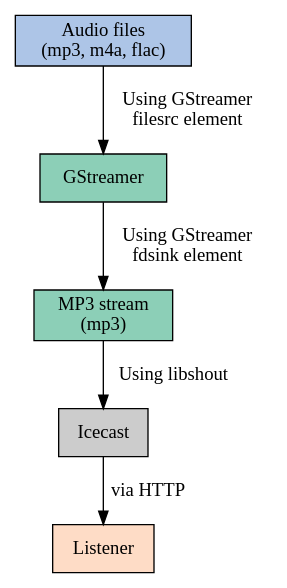
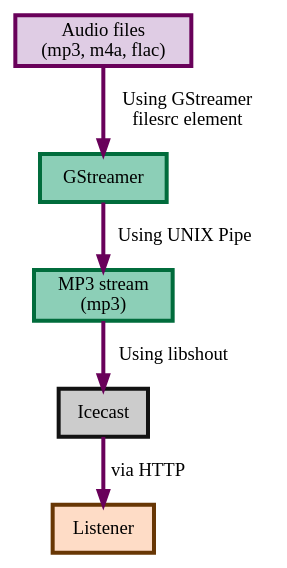
Before and after one commit to rstemmer/musicdb: the diagram in docs/source/basics/streaming.rst, drawn with Graphviz. The commit also changed other lines of this file, not shown here.

Commit message:
Made the graph more colorfull and precise

```diff
--- a/docs/source/basics/streaming.rst
+++ b/docs/source/basics/streaming.rst
@@ -13,17 +13,17 @@
    .. graphviz::
 
       digraph hierarchy {
          size="5,8"
 
-         files       [shape=box, style=filled, fillcolor="#adc5e7", label="Audio files\n(mp3, m4a, flac)"]
-         gstreamer   [shape=box, style=filled, fillcolor="#8ccfb7", label="GStreamer"]
-         mp3stream   [shape=box, style=filled, fillcolor="#8ccfb7", label="MP3 stream\n(mp3)"]
-         icecast     [shape=box, style=filled, fillcolor="#cccccc", label="Icecast"]
-         listener    [shape=box, style=filled, fillcolor="#fedcc6", label="Listener"]
+         files       [shape=box, penwidth=3, style=filled, color="#69015a", fillcolor="#dfcce4", label="Audio files\n(mp3, m4a, flac)"]
+         gstreamer   [shape=box, penwidth=3, style=filled, color="#016c3c", fillcolor="#8ccfb7", label="GStreamer"]
+         mp3stream   [shape=box, penwidth=3, style=filled, color="#016c3c", fillcolor="#8ccfb7", label="MP3 stream\n(mp3)"]
+         icecast     [shape=box, penwidth=3, style=filled, color="#121212", fillcolor="#cccccc", label="Icecast"]
+         listener    [shape=box, penwidth=3, style=filled, color="#683705", fillcolor="#fedcc6", label="Listener"]
 
-         files     -> gstreamer [label="Using GStreamer\nfilesrc element"]
-         gstreamer -> mp3stream [label="Using GStreamer\nfdsink element"]
-         mp3stream -> icecast   [label="Using libshout"]
-         icecast   -> listener  [label="via HTTP"]
+         files     -> gstreamer [color="#69015a", penwidth=3, label="Using GStreamer\nfilesrc element"]
+         gstreamer -> mp3stream [color="#69015a", penwidth=3, label="Using UNIX Pipe"]
+         mp3stream -> icecast   [color="#69015a", penwidth=3, label="Using libshout"]
+         icecast   -> listener  [color="#69015a", penwidth=3, label="via HTTP"]
 
       }
```
